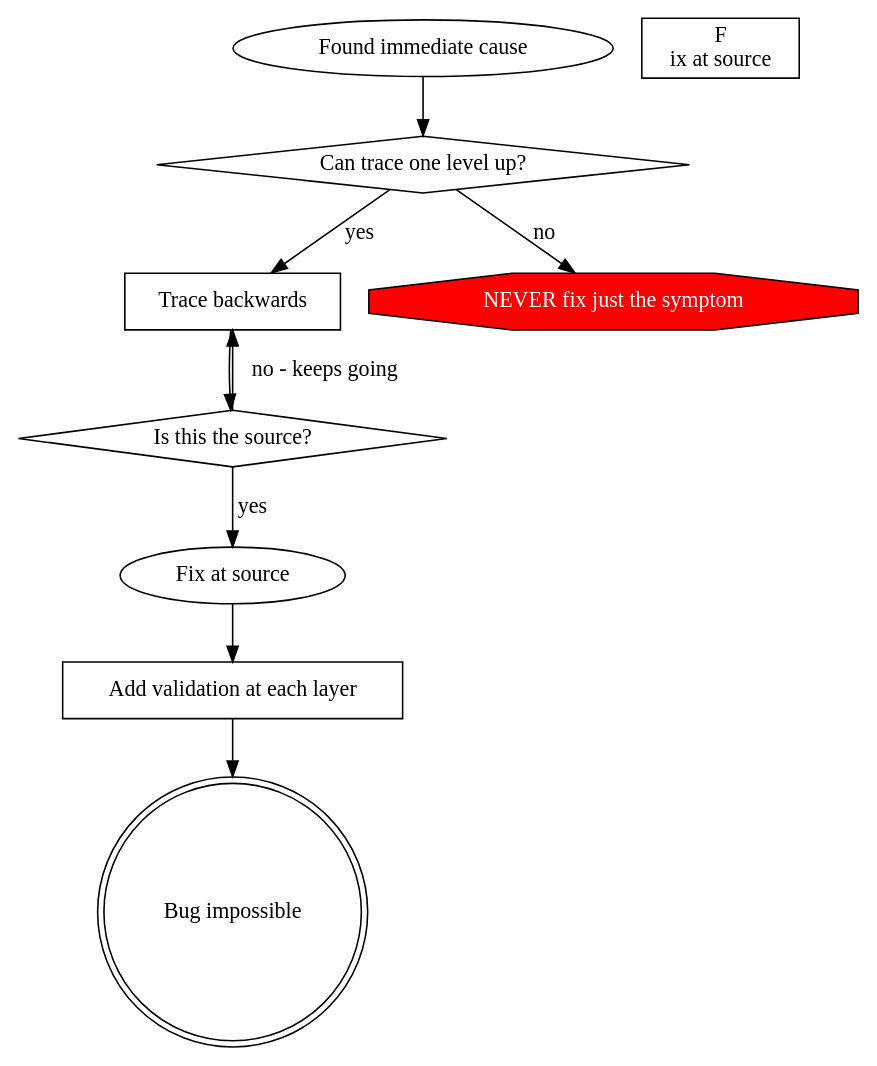
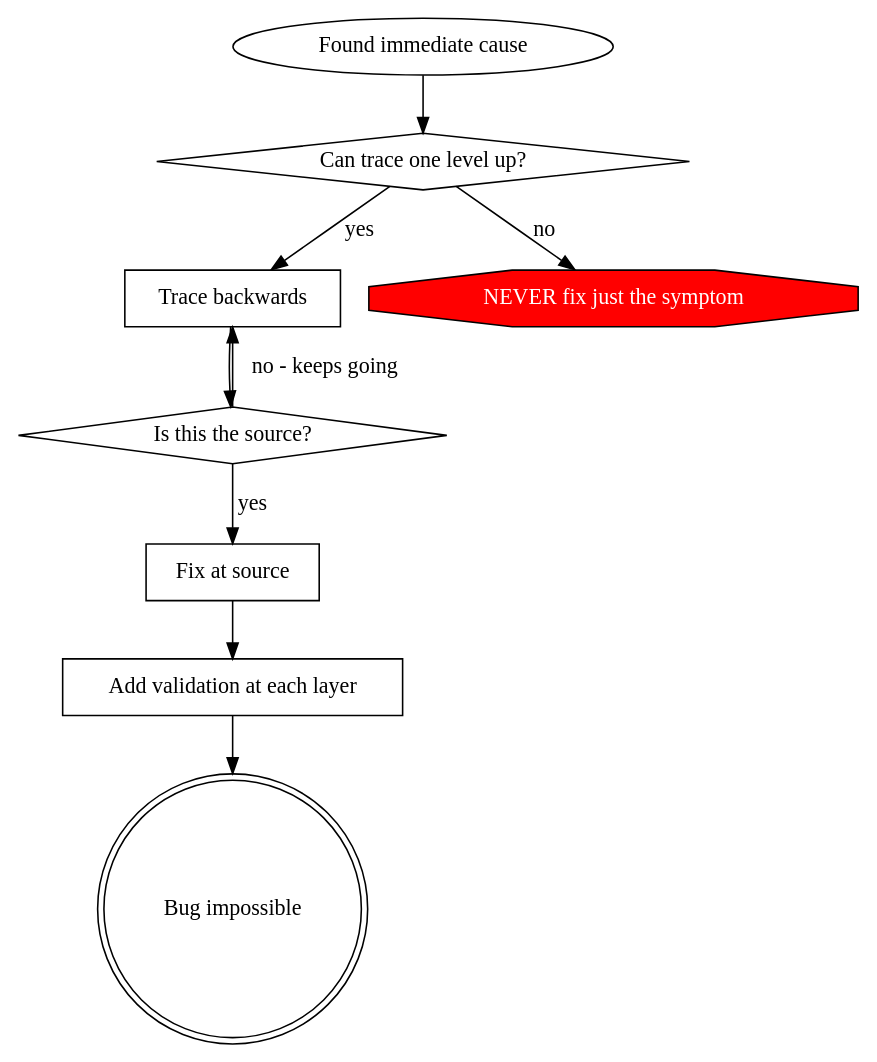
Before and after one commit to Choori279/Yasna: the second of 2 diagrams in .claude/skills/systematic-debugging/root-cause-tracing.md, drawn with Graphviz. The commit also changed other lines of this file and 64 other files, not shown here.

````diff
--- a/.claude/skills/systematic-debugging/root-cause-tracing.md
+++ b/.claude/skills/systematic-debugging/root-cause-tracing.md
@@ -133,22 +132,21 @@
 ```dot
 digraph principle {
     "Found immediate cause" [shape=ellipse];
     "Can trace one level up?" [shape=diamond];
     "Trace backwards" [shape=box];
     "Is this the source?" [shape=diamond];
-    "F
-ix at source" [shape=box];
+    "Fix at source" [shape=box];
     "Add validation at each layer" [shape=box];
     "Bug impossible" [shape=doublecircle];
     "NEVER fix just the symptom" [shape=octagon, style=filled, fillcolor=red, fontcolor=white];
 
     "Found immediate cause" -> "Can trace one level up?";
     "Can trace one level up?" -> "Trace backwards" [label="yes"];
     "Can trace one level up?" -> "NEVER fix just the symptom" [label="no"];
     "Trace backwards" -> "Is this the source?";
     "Is this the source?" -> "Trace backwards" [label="no - keeps going"];
     "Is this the source?" -> "Fix at source" [label="yes"];
     "Fix at source" -> "Add validation at each layer";
     "Add validation at each layer" -> "Bug impossible";
 }
 ```
````
